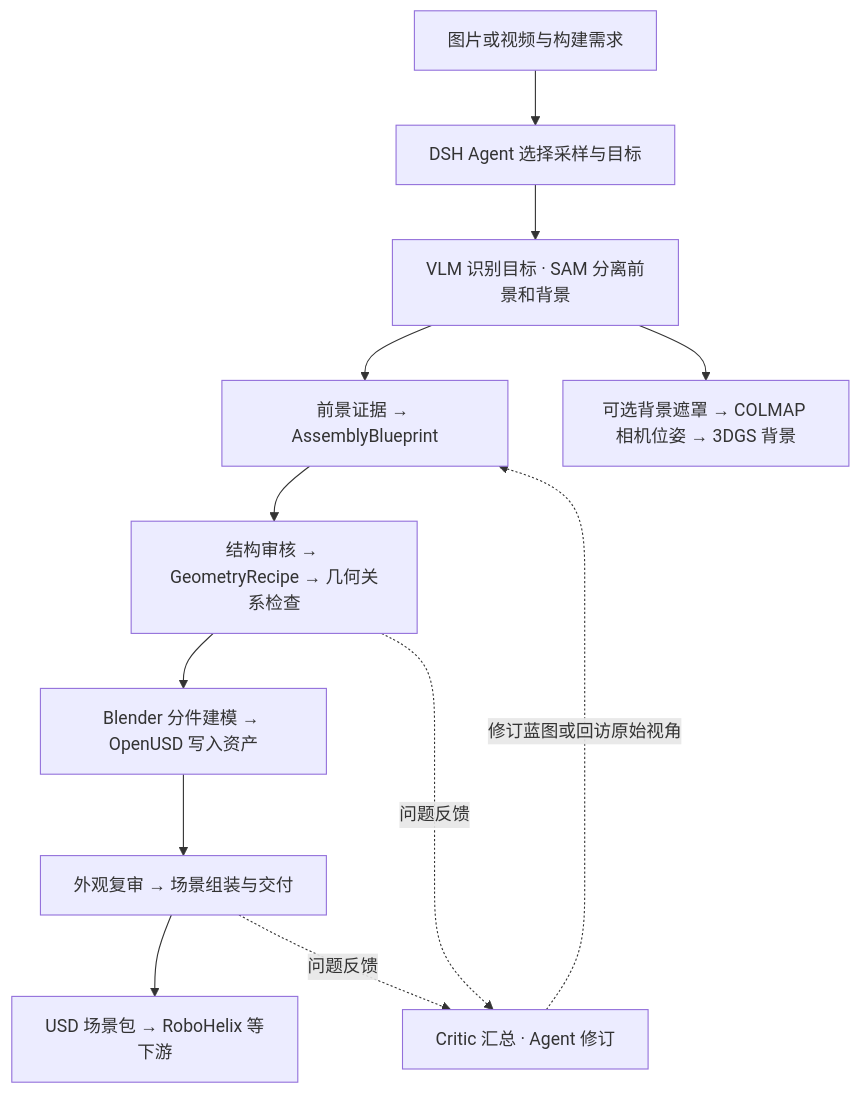
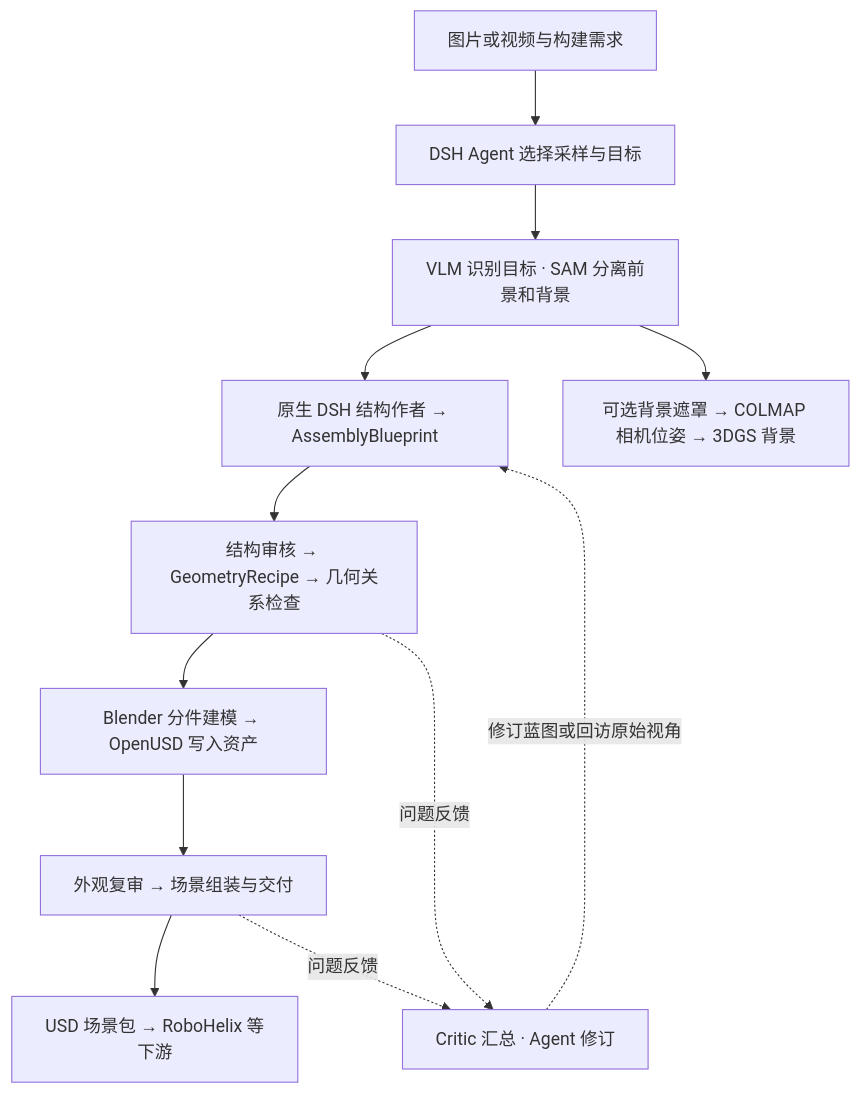
One commit to FelixtheFelinae/NJU-agentic-3D-roboenv-mesh changed the first of 2 diagrams in README.md. Above: the diagram before and after it, drawn with Mermaid. The commit also changed other lines of this file and 19 other files, not shown here.

````diff
--- a/README.md
+++ b/README.md
@@ -9,14 +11,14 @@
 ```mermaid
 flowchart TD
     A[图片或视频与构建需求] --> B[DSH Agent 选择采样与目标]
     B --> C[VLM 识别目标 · SAM 分离前景和背景]
-    C --> D[前景证据 → AssemblyBlueprint]
+    C --> D[原生 DSH 结构作者 → AssemblyBlueprint]
     D --> E[结构审核 → GeometryRecipe → 几何关系检查]
     E --> F[Blender 分件建模 → OpenUSD 写入资产]
     F --> G[外观复审 → 场景组装与交付]
     G --> H[USD 场景包 → RoboHelix 等下游]
     E -. 问题反馈 .-> J[Critic 汇总 · Agent 修订]
     G -. 问题反馈 .-> J
     J -. 修订蓝图或回访原始视角 .-> D
     C --> K[可选背景遮罩 → COLMAP 相机位姿 → 3DGS 背景]
 ```
````
